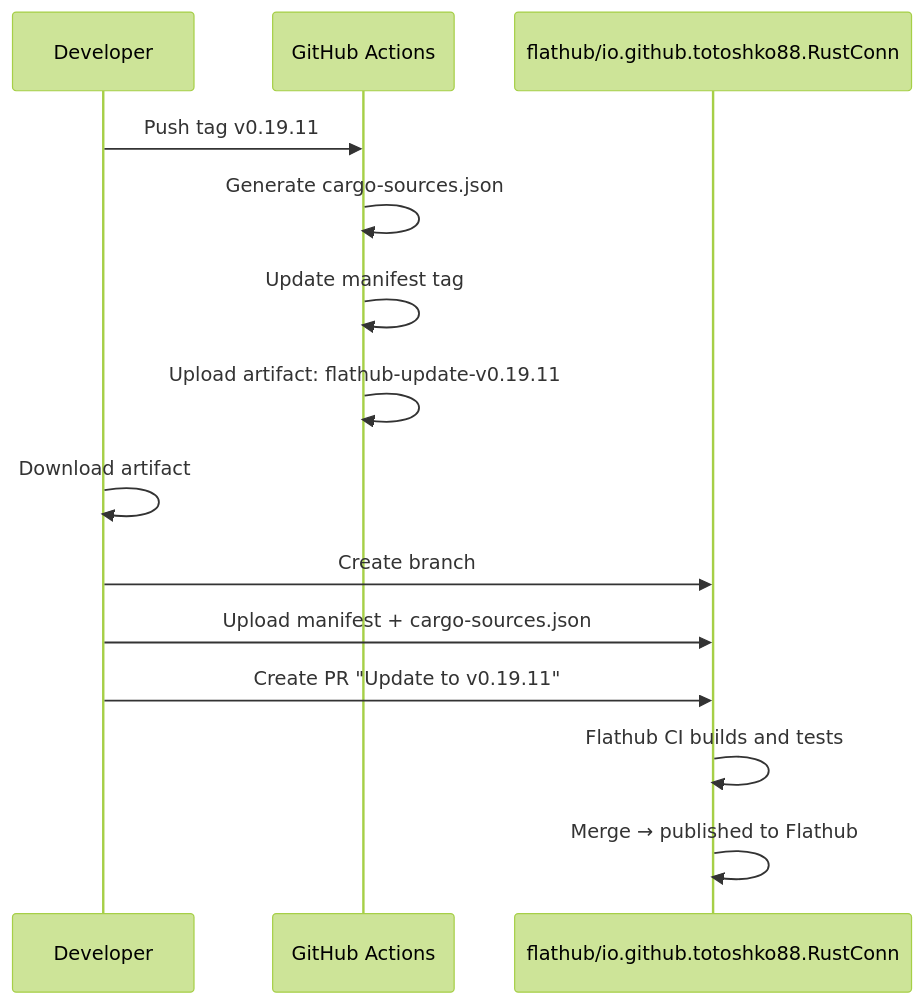
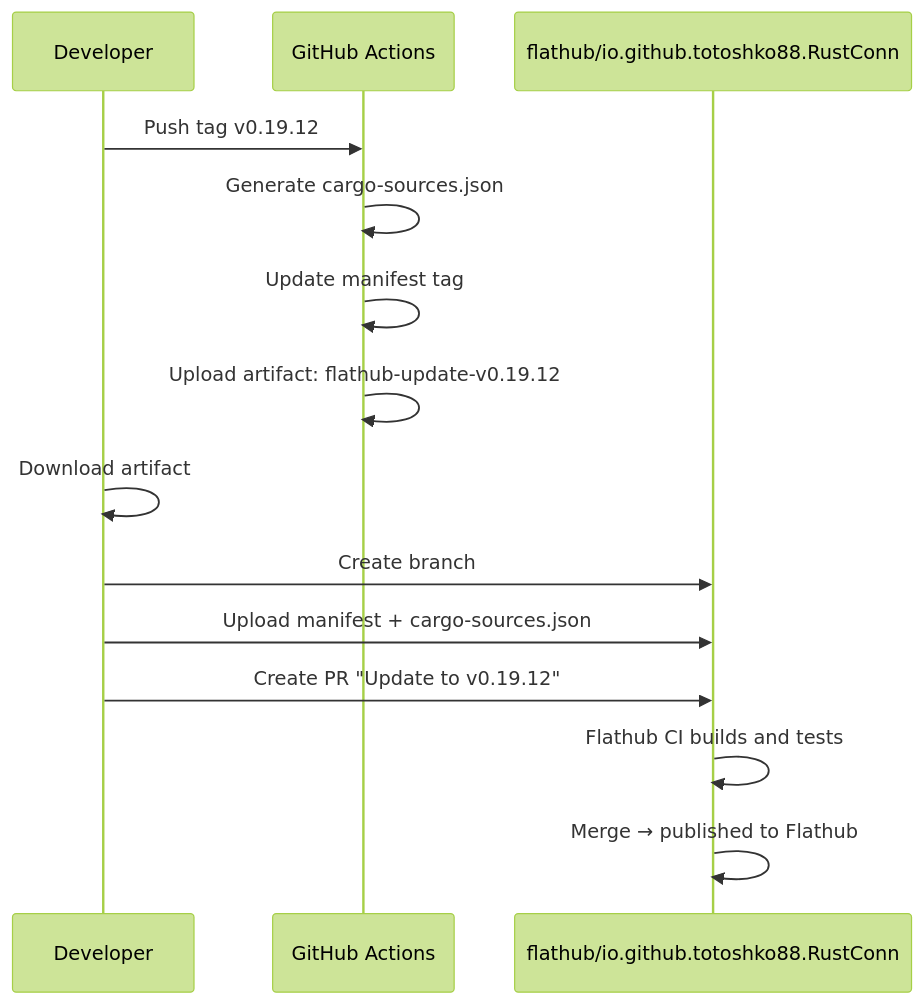
The sixth of 6 diagrams in docs/CI_BUILD_FLOW.md (philclifford/RustConn), drawn with Mermaid (forest theme) before and after one commit. The commit also changed other lines of this file and 82 other files, not shown here.

````diff
--- a/docs/CI_BUILD_FLOW.md
+++ b/docs/CI_BUILD_FLOW.md
@@ -255,18 +255,18 @@
 ```mermaid
 sequenceDiagram
     participant Dev as Developer
     participant GH as GitHub Actions
     participant FH as flathub/io.github.totoshko88.RustConn
 
-    Dev->>GH: Push tag v0.19.11
+    Dev->>GH: Push tag v0.19.12
     GH->>GH: Generate cargo-sources.json
     GH->>GH: Update manifest tag
-    GH->>GH: Upload artifact: flathub-update-v0.19.11
+    GH->>GH: Upload artifact: flathub-update-v0.19.12
 
     Dev->>Dev: Download artifact
     Dev->>FH: Create branch
     Dev->>FH: Upload manifest + cargo-sources.json
-    Dev->>FH: Create PR "Update to v0.19.11"
+    Dev->>FH: Create PR "Update to v0.19.12"
     FH->>FH: Flathub CI builds and tests
     FH->>FH: Merge → published to Flathub
 ```
````
